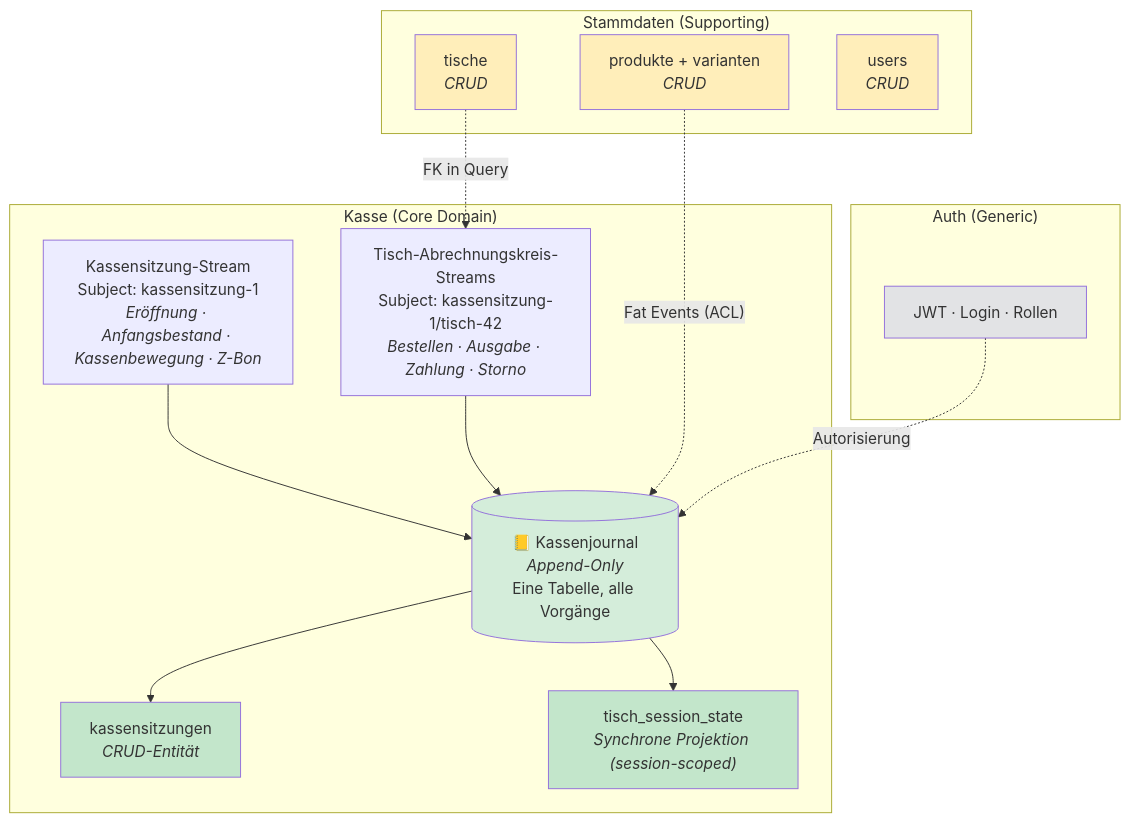
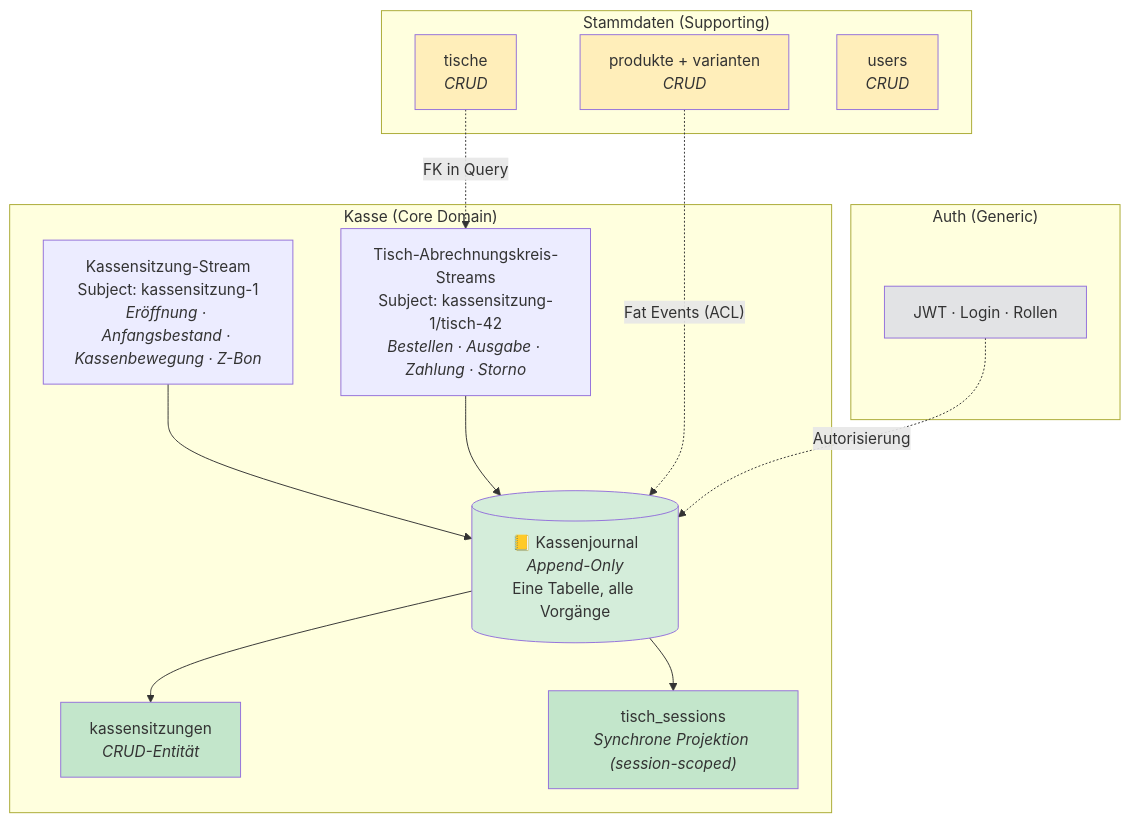
Before and after one commit to nicograef/jotti: the second of 5 diagrams in docs/redesign.md, drawn with Mermaid. The commit also changed other lines of this file and 22 other files, not shown here.

Commit message:
rename!: tisch_session_state to tisch_sessions

````diff
--- a/docs/redesign.md
+++ b/docs/redesign.md
@@ -103,30 +103,30 @@
 ```mermaid
 graph TB
     subgraph "Kasse (Core Domain)"
         KJ[("📒 Kassenjournal<br><i>Append-Only</i><br>Eine Tabelle, alle Vorgänge")]
         KS["Kassensitzung-Stream<br>Subject: kassensitzung-1<br><i>Eröffnung · Anfangsbestand · Kassenbewegung · Z-Bon</i>"]
         TS["Tisch-Abrechnungskreis-Streams<br>Subject: kassensitzung-1/tisch-42<br><i>Bestellen · Ausgabe · Zahlung · Storno</i>"]
         KS --> KJ
         TS --> KJ
         KJ --> KS_PROJ["kassensitzungen<br><i>CRUD-Entität</i>"]
-        KJ --> TSS_PROJ["tisch_session_state<br><i>Synchrone Projektion (session-scoped)</i>"]
+        KJ --> TSS_PROJ["tisch_sessions<br><i>Synchrone Projektion (session-scoped)</i>"]
     end
     subgraph "Stammdaten (Supporting)"
         TISCH["tische<br><i>CRUD</i>"]
         PROD["produkte + varianten<br><i>CRUD</i>"]
         USER["users<br><i>CRUD</i>"]
     end
     subgraph "Auth (Generic)"
         AUTH["JWT · Login · Rollen"]
     end
     TISCH -. "FK in Query" .-> TS
     PROD -. "Fat Events (ACL)" .-> KJ
     AUTH -. "Autorisierung" .-> KJ
     style KJ fill:#d4edda
     style KS_PROJ fill:#c3e6cb
     style TSS_PROJ fill:#c3e6cb
     style TISCH fill:#ffeeba
     style PROD fill:#ffeeba
     style USER fill:#ffeeba
     style AUTH fill:#e2e3e5
 ```
````
